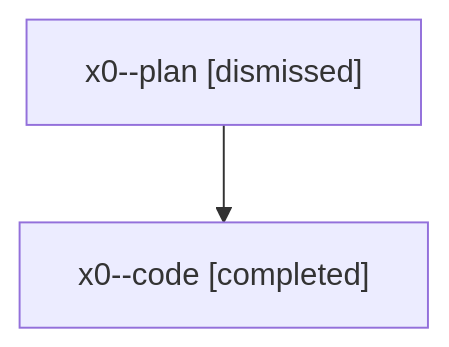
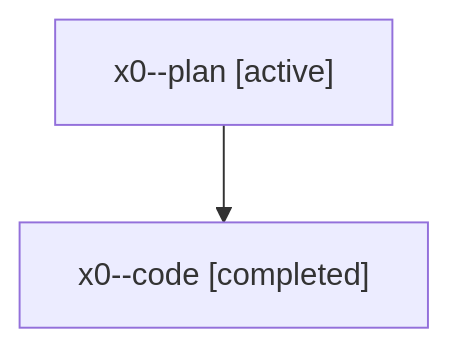
One commit to sase-org/sase--agents changed the diagram in families/bbugyi200.athena.x0.md. Above: the diagram before and after it, drawn with Mermaid. The commit also changed other lines of this file and 35830 other files, not shown here.

````diff
--- a/families/bbugyi200.athena.x0.md
+++ b/families/bbugyi200.athena.x0.md
@@ -9,6 +9,6 @@
 ```mermaid
 flowchart TD
-  n0["x0--plan [dismissed]"]
+  n0["x0--plan [active]"]
   n1["x0--code [completed]"]
   n0 --> n1
 ```
````
